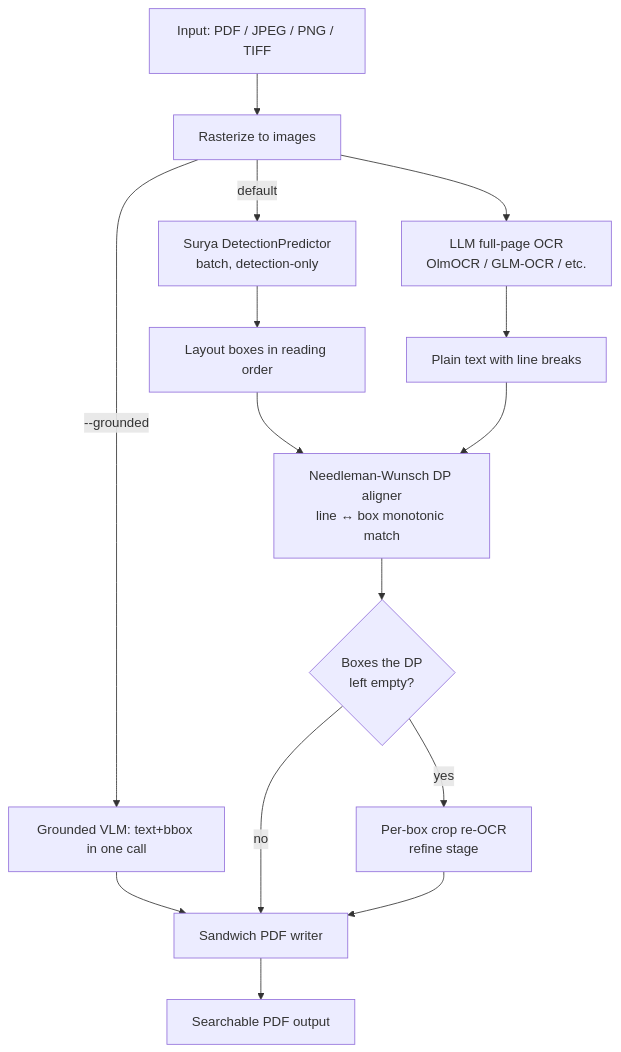
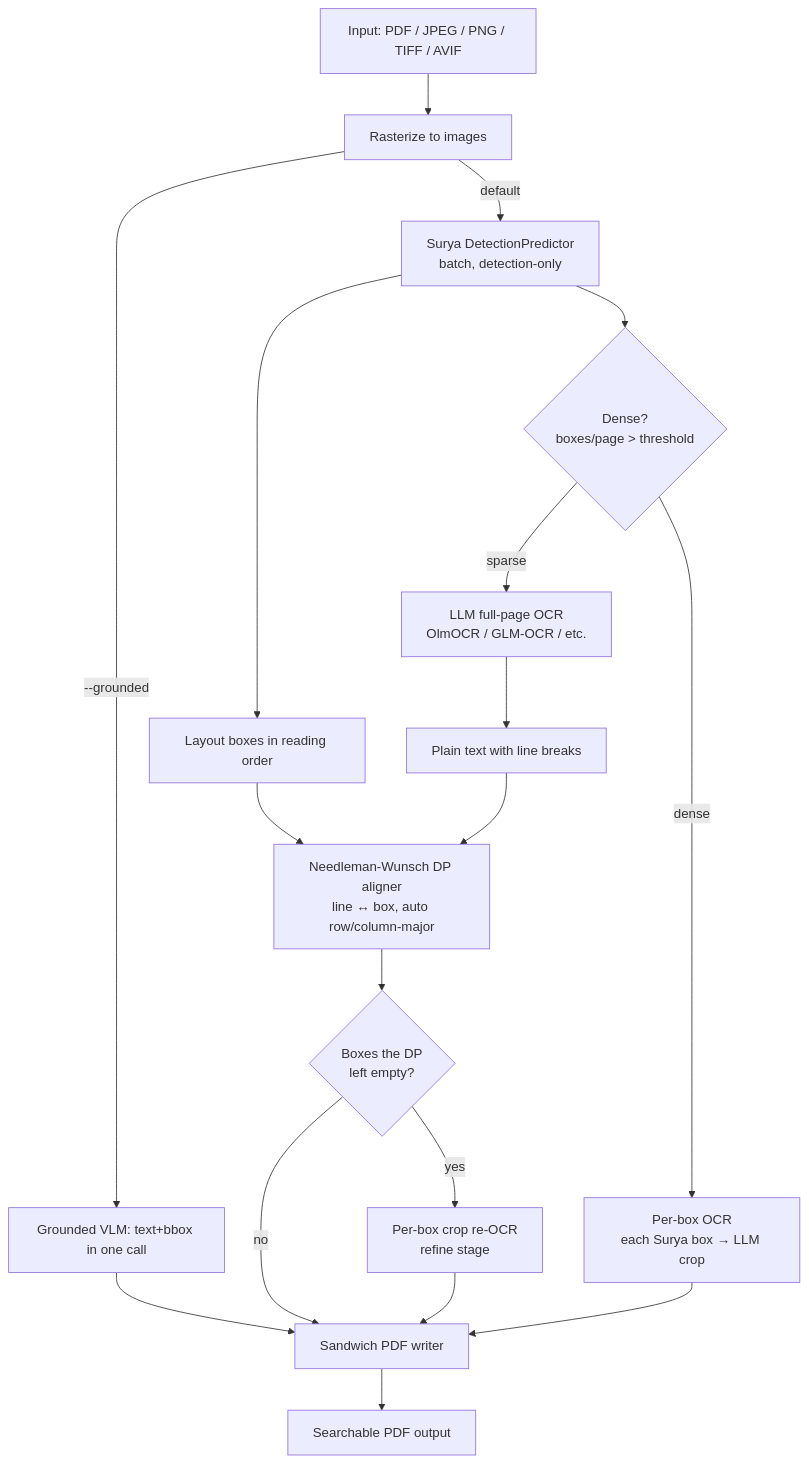
The diagram in README.md (ahnafnafee/local-llm-pdf-ocr), drawn with Mermaid before and after one commit. The commit also changed other lines of this file and 1 other file, not shown here.

````diff
--- a/README.md
+++ b/README.md
@@ -34,18 +35,21 @@
 ```mermaid
 graph TD
-    A[Input: PDF / JPEG / PNG / TIFF] --> B[Rasterize to images]
+    A[Input: PDF / JPEG / PNG / TIFF / AVIF] --> B[Rasterize to images]
     B -->|--grounded| Z[Grounded VLM: text+bbox in one call]
     Z --> EMB
 
     B -->|default| C[Surya DetectionPredictor<br/>batch, detection-only]
-    B --> D[LLM full-page OCR<br/>OlmOCR / GLM-OCR / etc.]
+    C --> DM{Dense?<br/>boxes/page > threshold}
+    DM -->|sparse| D[LLM full-page OCR<br/>OlmOCR / GLM-OCR / etc.]
+    DM -->|dense| P[Per-box OCR<br/>each Surya box → LLM crop]
+    D --> F[Plain text with line breaks]
     C --> E[Layout boxes in reading order]
-    D --> F[Plain text with line breaks]
-    E --> G[Needleman-Wunsch DP aligner<br/>line ↔ box monotonic match]
+    E --> G[Needleman-Wunsch DP aligner<br/>line ↔ box, auto row/column-major]
     F --> G
     G --> H{Boxes the DP<br/>left empty?}
     H -->|yes| R[Per-box crop re-OCR<br/>refine stage]
     H -->|no| EMB[Sandwich PDF writer]
     R --> EMB
+    P --> EMB
     EMB --> L[Searchable PDF output]
 ```
````
